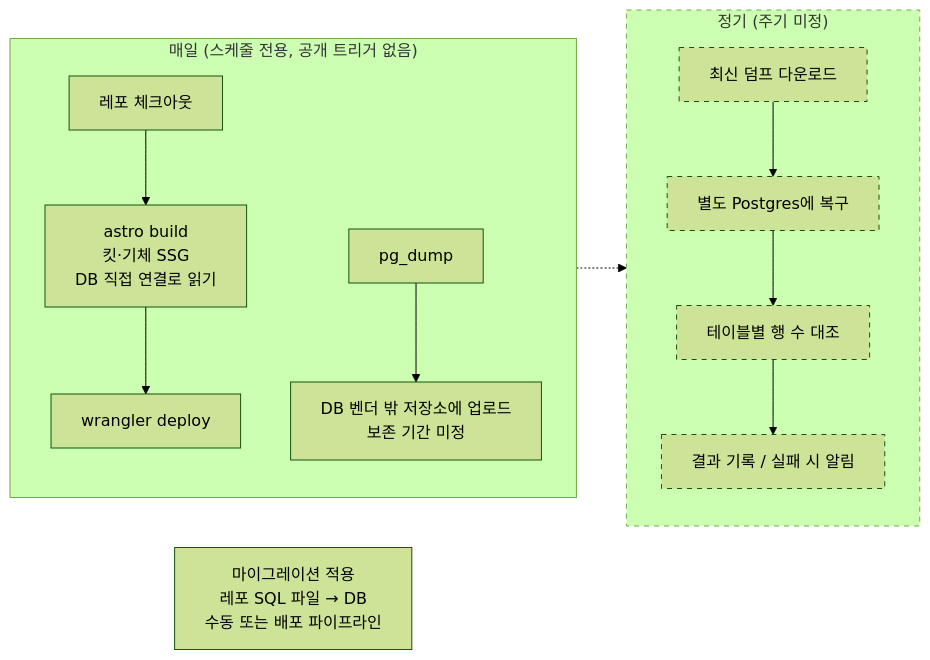
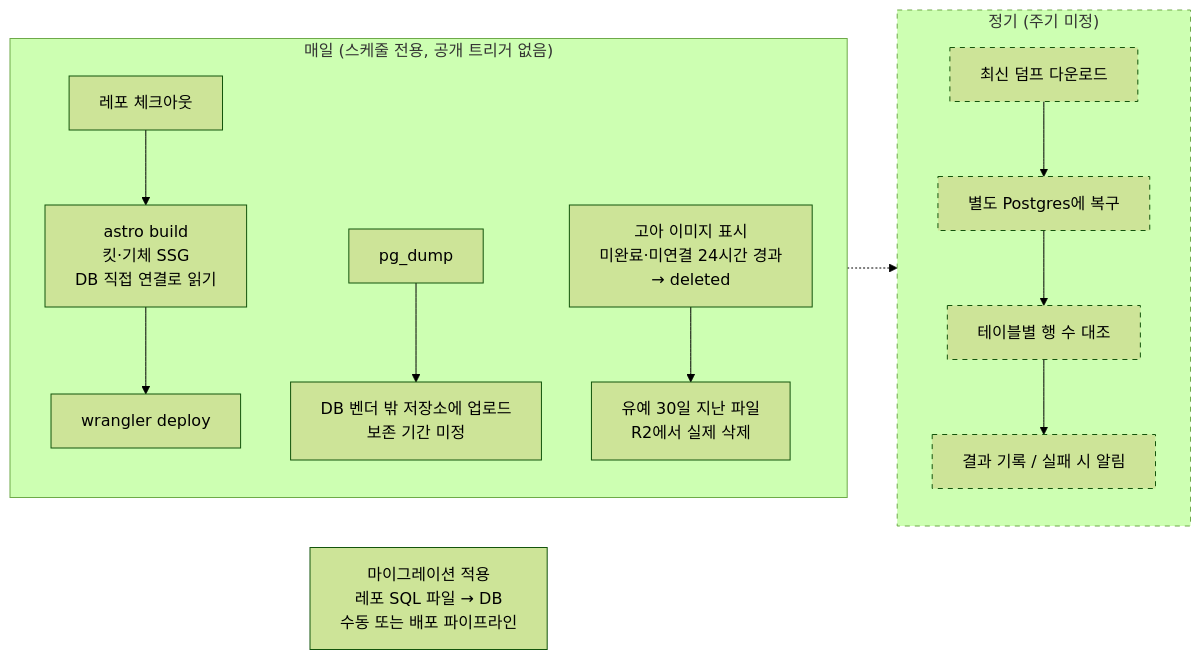
Before and after one commit to evanyun93/G-MOIM: the third of 6 diagrams in docs/architecture/아키텍처_v1_2026-09-13.md, drawn with Mermaid (forest theme). The commit also changed other lines of this file and 2 other files, not shown here.

First line of the commit message:
docs: 결정 #24·#25 이미지 독립 자산화, 고아 이미지 정리

````diff
--- a/docs/architecture/아키텍처_v1_2026-09-13.md
+++ b/docs/architecture/아키텍처_v1_2026-09-13.md
@@ -135,23 +135,24 @@
 ```mermaid
 flowchart LR
     subgraph DAILY["매일 (스케줄 전용, 공개 트리거 없음)"]
         direction TB
         B1["레포 체크아웃"] --> B2["astro build<br/>킷·기체 SSG<br/>DB 직접 연결로 읽기"]
         B2 --> B3["wrangler deploy"]
         D1["pg_dump"] --> D2["DB 벤더 밖 저장소에 업로드<br/>보존 기간 미정"]
+        C1["고아 이미지 표시<br/>미완료·미연결 24시간 경과<br/>→ deleted"] --> C2["유예 30일 지난 파일<br/>R2에서 실제 삭제"]
     end
 
     subgraph PERIODIC["정기 (주기 미정)"]
         direction TB
         R1["최신 덤프 다운로드"] --> R2["별도 Postgres에 복구"]
         R2 --> R3["테이블별 행 수 대조"]
         R3 --> R4["결과 기록 / 실패 시 알림"]
     end
 
     MIG["마이그레이션 적용<br/>레포 SQL 파일 → DB<br/>수동 또는 배포 파이프라인"]
 
     D2 -.-> R1
 
     classDef undecided stroke-dasharray: 5 5
     class PERIODIC,R1,R2,R3,R4 undecided
 ```
````
